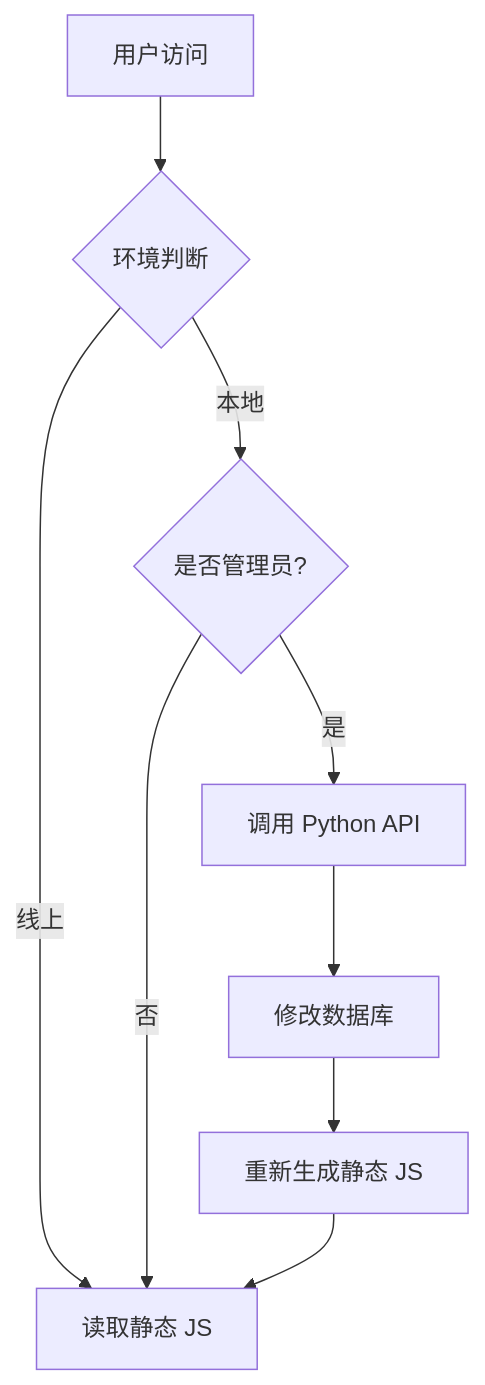
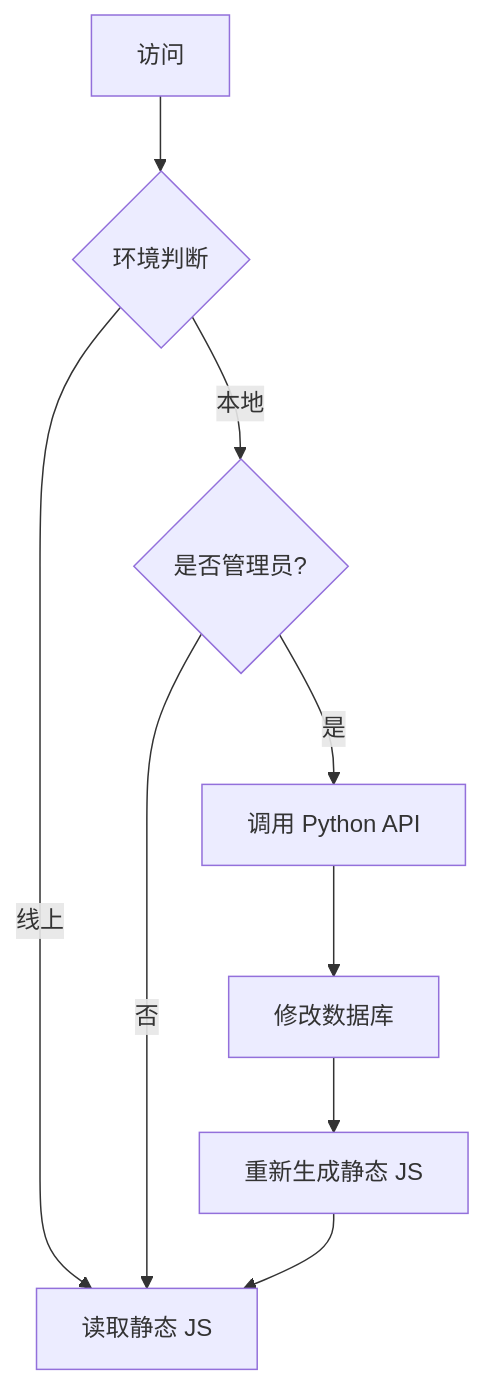
The first of 2 diagrams in _说明/架构决策记录.md (MAERS05/MAERS-Public-Web), drawn with Mermaid before and after one commit. The commit also changed other lines of this file and 25 other files, not shown here.

````diff
--- a/_说明/架构决策记录.md
+++ b/_说明/架构决策记录.md
@@ -172,11 +172,11 @@
 ```mermaid
 graph TD
-    A[用户访问] --> B{环境判断}
+    A[访问] --> B{环境判断}
     B -->|线上| C[读取静态 JS]
     B -->|本地| D{是否管理员?}
     D -->|否| C
     D -->|是| E[调用 Python API]
     E --> F[修改数据库]
     F --> G[重新生成静态 JS]
     G --> C
 ```
````
